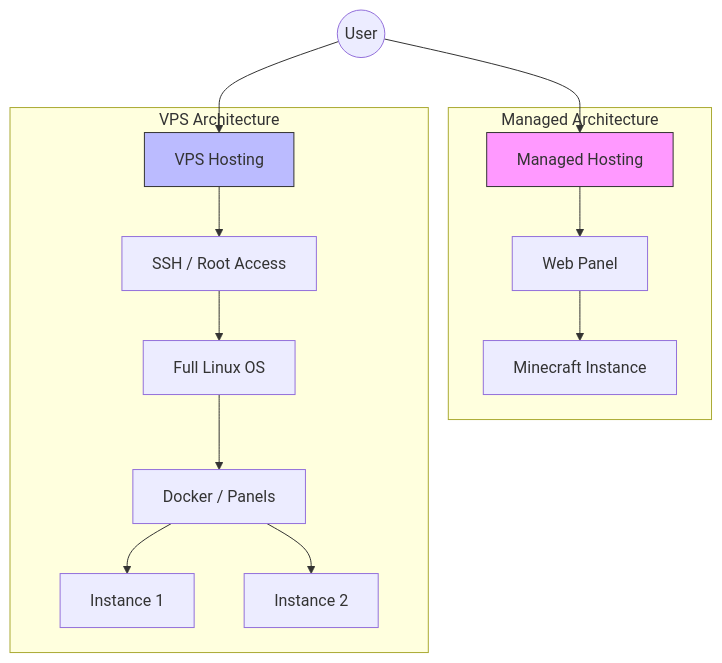
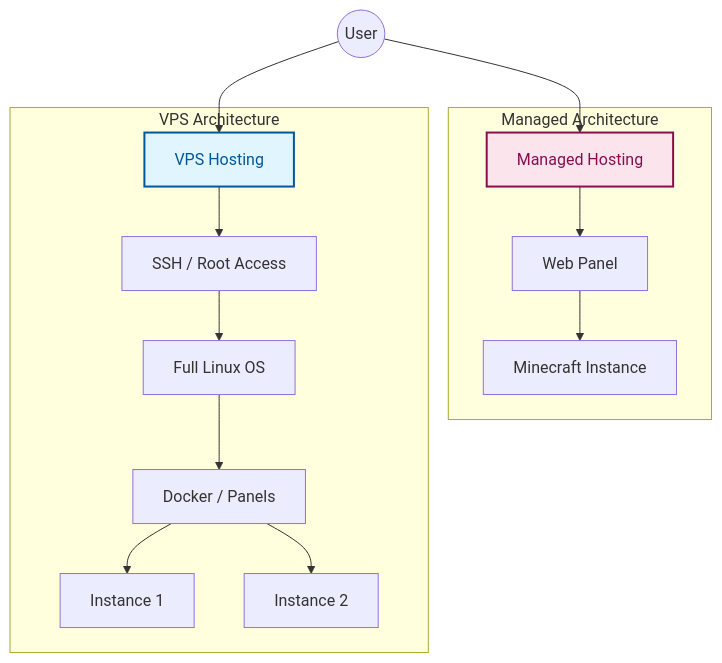
Before and after one commit to Earth1283/OpenWiki: the first of 3 diagrams in docs/source/vps_hosting.rst, drawn with Mermaid. The commit also changed 3 other files, not shown here.

```diff
--- a/docs/source/vps_hosting.rst
+++ b/docs/source/vps_hosting.rst
@@ -11,20 +11,20 @@
 .. mermaid::
 
    graph TD
        User((User)) --> Managed[Managed Hosting]
        User --> VPS[VPS Hosting]
        
        subgraph Managed Architecture
            Managed --> Panel[Web Panel]
            Panel --> Game[Minecraft Instance]
-           style Managed fill:#f9f,stroke:#333
+           style Managed fill:#fce4ec,stroke:#880e4f,stroke-width:2px,color:#880e4f
        end
        
        subgraph VPS Architecture
            VPS --> SSH[SSH / Root Access]
            SSH --> OS[Full Linux OS]
            OS --> Docker[Docker / Panels]
            Docker --> Instance1[Instance 1]
            Docker --> Instance2[Instance 2]
-           style VPS fill:#bbf,stroke:#333
+           style VPS fill:#e1f5fe,stroke:#01579b,stroke-width:2px,color:#01579b
        end
```
